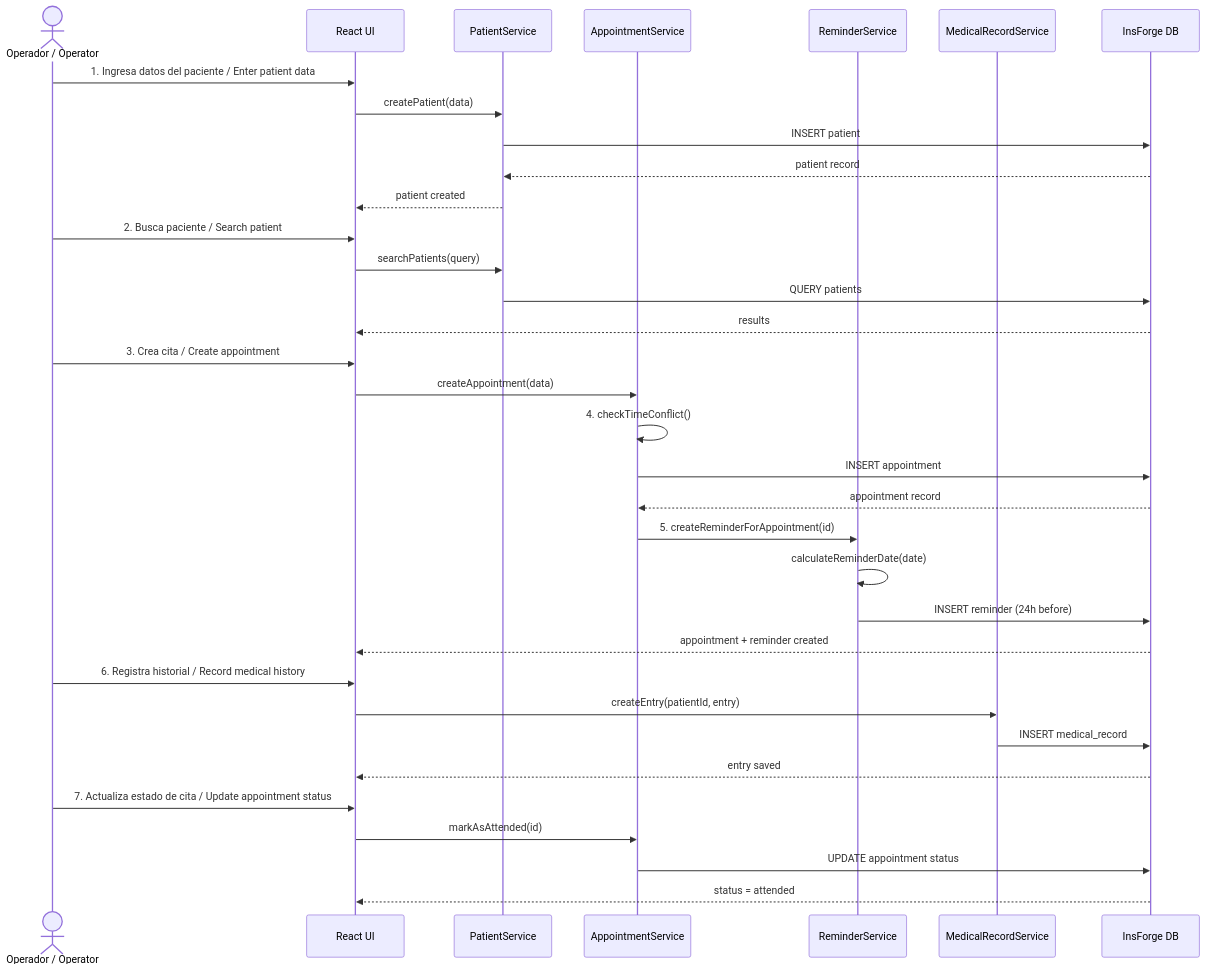
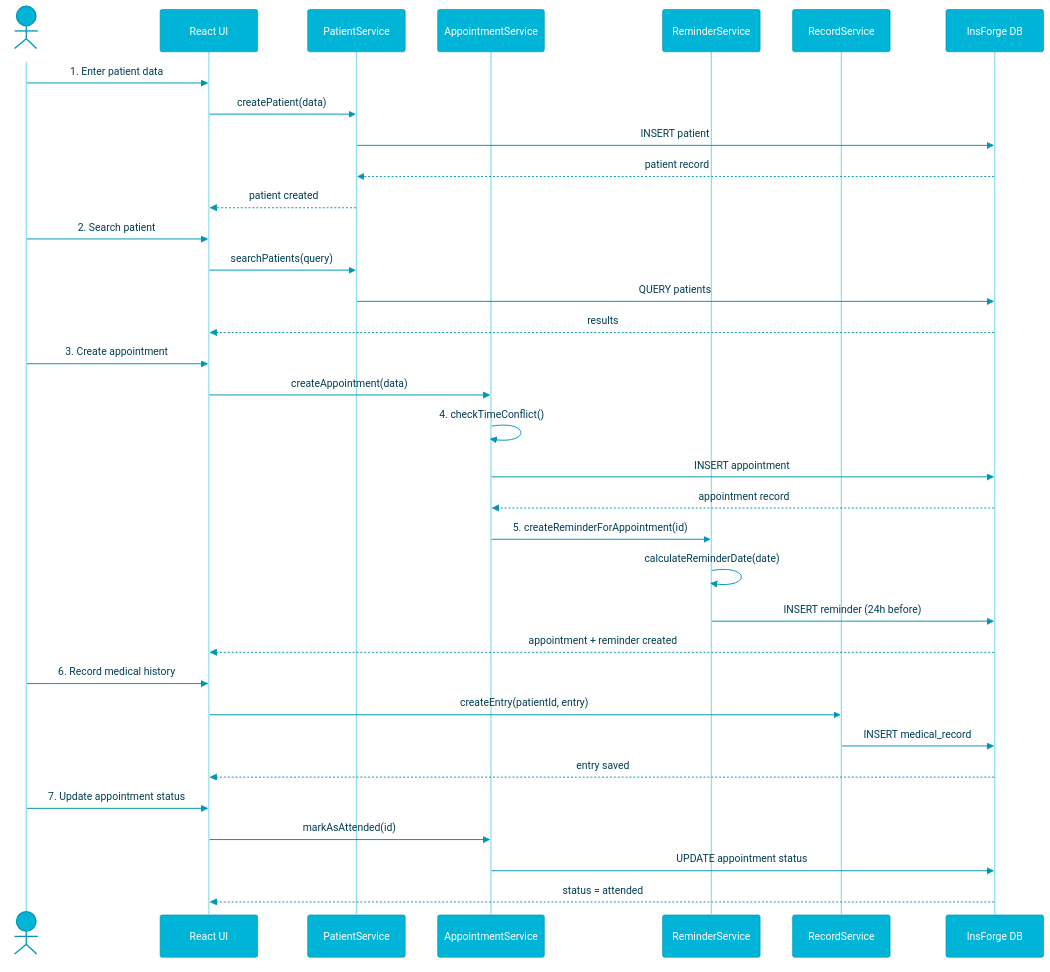
One commit to juradoger/medil-crm changed the fourth of 4 diagrams in docs/01-arquitectura.md. Above: the diagram before and after it, drawn with Mermaid. The commit also changed other lines of this file and 3 other files, not shown here.

First line of the commit message:
docs: toggle de idioma por documento y diagramas con colores de marca

````diff
--- a/docs/01-arquitectura.md
+++ b/docs/01-arquitectura.md
@@ -83,42 +212,43 @@
 ```mermaid
+%%{init: {'theme': 'base', 'themeVariables': {'actorBkg': '#00B4D8', 'actorBorder': '#0096B4', 'actorTextColor': '#ffffff', 'actorLineColor': '#90E0EF', 'signalColor': '#0096B4', 'signalTextColor': '#003d52', 'labelBoxBkgColor': '#CAF0F8', 'labelBoxBorderColor': '#00B4D8', 'labelTextColor': '#003d52', 'noteBkgColor': '#CAF0F8', 'noteBorderColor': '#00B4D8'}}}%%
 sequenceDiagram
-    actor Operator as Operador / Operator
+    actor Op as Operator
     participant UI as React UI
     participant PatSvc as PatientService
     participant AptSvc as AppointmentService
     participant RemSvc as ReminderService
-    participant RecSvc as MedicalRecordService
+    participant RecSvc as RecordService
     participant DB as InsForge DB
 
-    Operator->>UI: 1. Ingresa datos del paciente / Enter patient data
+    Op->>UI: 1. Enter patient data
     UI->>PatSvc: createPatient(data)
     PatSvc->>DB: INSERT patient
     DB-->>PatSvc: patient record
     PatSvc-->>UI: patient created
 
-    Operator->>UI: 2. Busca paciente / Search patient
+    Op->>UI: 2. Search patient
     UI->>PatSvc: searchPatients(query)
     PatSvc->>DB: QUERY patients
     DB-->>UI: results
 
-    Operator->>UI: 3. Crea cita / Create appointment
+    Op->>UI: 3. Create appointment
     UI->>AptSvc: createAppointment(data)
     AptSvc->>AptSvc: 4. checkTimeConflict()
     AptSvc->>DB: INSERT appointment
     DB-->>AptSvc: appointment record
 
     AptSvc->>RemSvc: 5. createReminderForAppointment(id)
     RemSvc->>RemSvc: calculateReminderDate(date)
     RemSvc->>DB: INSERT reminder (24h before)
     DB-->>UI: appointment + reminder created
 
-    Operator->>UI: 6. Registra historial / Record medical history
+    Op->>UI: 6. Record medical history
     UI->>RecSvc: createEntry(patientId, entry)
     RecSvc->>DB: INSERT medical_record
     DB-->>UI: entry saved
 
-    Operator->>UI: 7. Actualiza estado de cita / Update appointment status
+    Op->>UI: 7. Update appointment status
     UI->>AptSvc: markAsAttended(id)
     AptSvc->>DB: UPDATE appointment status
     DB-->>UI: status = attended
 ```
````
